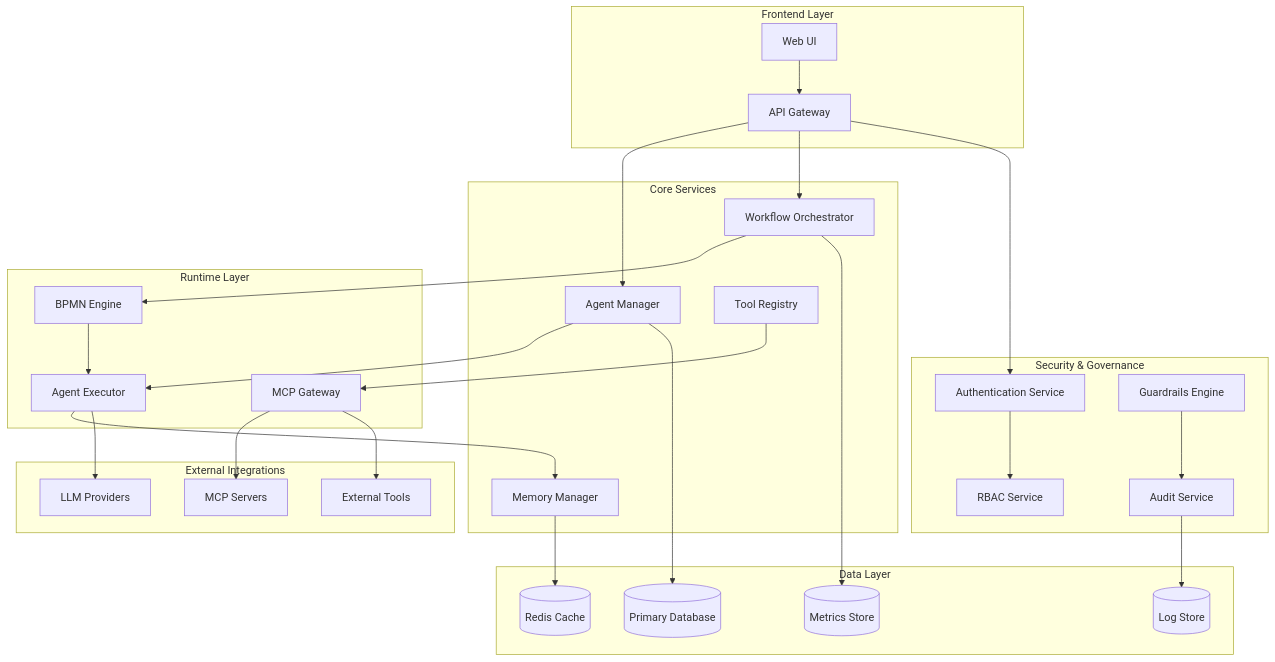
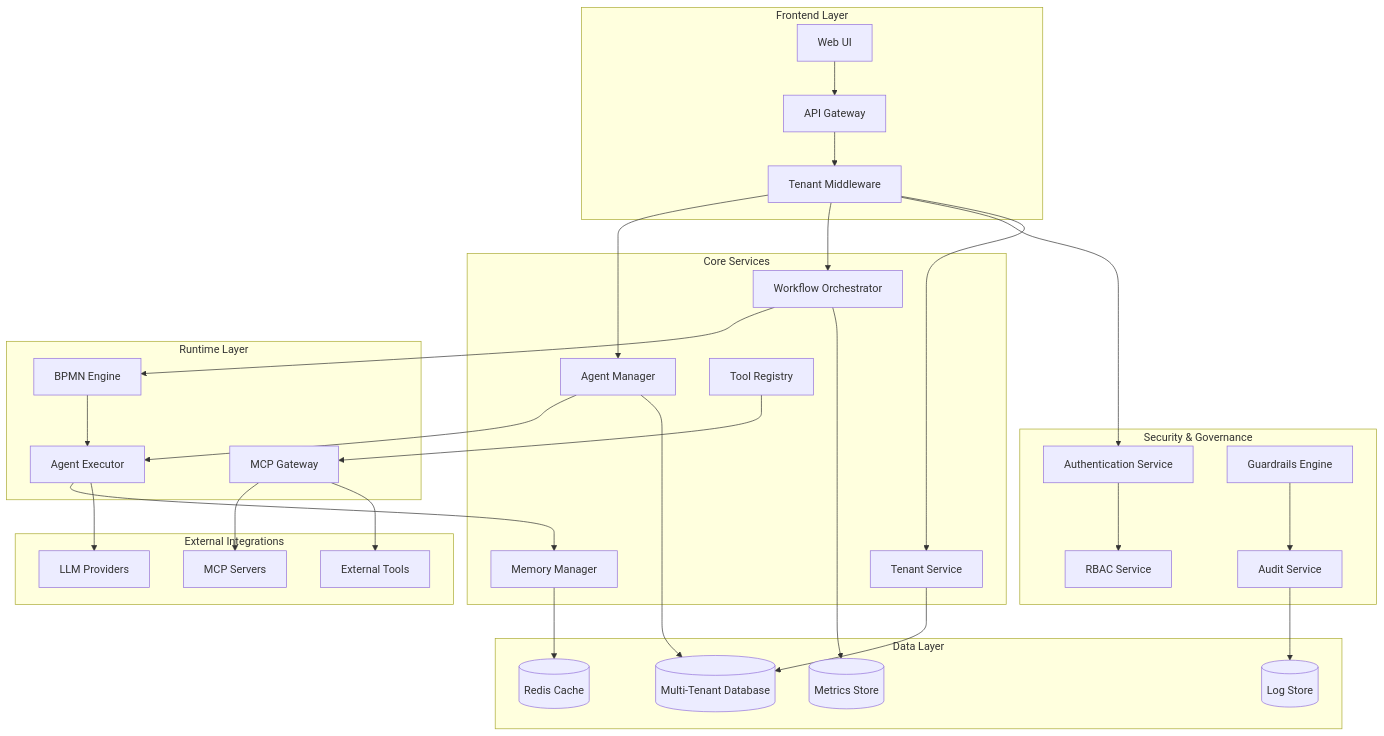
One commit to Sathisha/multi-agent-orchestrator changed the diagram in .kiro/specs/ai-agent-framework/design.md. Above: the diagram before and after it, drawn with Mermaid. The commit also changed other lines of this file and 77 other files, not shown here.

````diff
--- a/.kiro/specs/ai-agent-framework/design.md
+++ b/.kiro/specs/ai-agent-framework/design.md
@@ -20,64 +20,69 @@
 ```mermaid
 graph TB
     subgraph "Frontend Layer"
         UI[Web UI]
         API[API Gateway]
+        TM[Tenant Middleware]
     end
     
     subgraph "Core Services"
         AM[Agent Manager]
         WO[Workflow Orchestrator]
         TR[Tool Registry]
         MM[Memory Manager]
+        TS[Tenant Service]
     end
     
     subgraph "Security & Governance"
         AUTH[Authentication Service]
         RBAC[RBAC Service]
         GR[Guardrails Engine]
         AUDIT[Audit Service]
     end
     
     subgraph "Runtime Layer"
         AE[Agent Executor]
         BPMN[BPMN Engine]
         MCP[MCP Gateway]
     end
     
     subgraph "Data Layer"
-        DB[(Primary Database)]
+        DB[(Multi-Tenant Database)]
         CACHE[(Redis Cache)]
         LOGS[(Log Store)]
         METRICS[(Metrics Store)]
     end
     
     subgraph "External Integrations"
         LLM[LLM Providers]
         TOOLS[External Tools]
         MCPS[MCP Servers]
     end
     
     UI --> API
-    API --> AM
-    API --> WO
-    API --> AUTH
+    API --> TM
+    TM --> AM
+    TM --> WO
+    TM --> AUTH
+    TM --> TS
     
     AM --> AE
     WO --> BPMN
     TR --> MCP
     
     AUTH --> RBAC
     GR --> AUDIT
     
     AE --> MM
     BPMN --> AE
     MCP --> MCPS
     
     AM --> DB
     MM --> CACHE
     AUDIT --> LOGS
     WO --> METRICS
+    TS --> DB
     
     AE --> LLM
     MCP --> TOOLS
 ```
````
